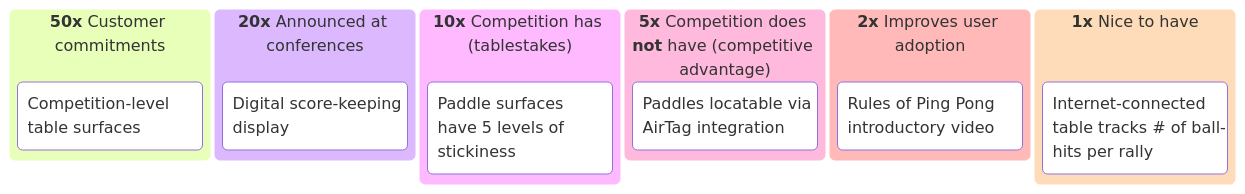
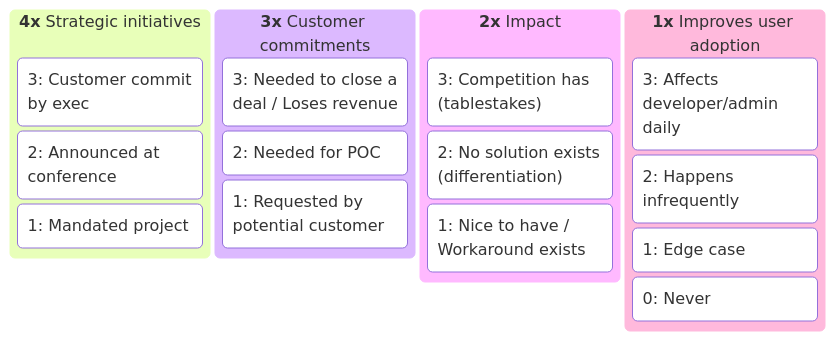
The first of 2 diagrams in drafts/Roadmaps-roadmaps-roadmaps.md (pm-essentials/pm-blog), drawn with Mermaid before and after one commit. The commit also changed other lines of this file, not shown here.

Commit message:
Quantitative kanban was not right, change to reflect ranks, add example table.

````diff
--- a/drafts/Roadmaps-roadmaps-roadmaps.md
+++ b/drafts/Roadmaps-roadmaps-roadmaps.md
@@ -26,15 +35,20 @@
 ```mermaid
 kanban
-  col0["**50x** Customer commitments"]
-    surface["Competition-level table surfaces"]
-  col1["**20x** Announced at conferences"]
-    display["Digital score-keeping display"]
-  col2["**10x** Competition has (tablestakes)"]
-    paddles["Paddle surfaces have 5 levels of stickiness"]
-  col4["**5x** Competition does **not** have (competitive advantage)"]
-    airtag["Paddles locatable via AirTag integration"]
-  col5["**2x** Improves user adoption"]
-    ftue["Rules of Ping Pong introductory video"]
-  col6["**1x** Nice to have"]
-    inet["Internet-connected table tracks # of ball-hits per rally"]
+  col0["**4x** Strategic initiatives"]
+    commit["3: Customer commit by exec"]
+    conference["2: Announced at conference"]
+    caprice["1: Mandated project"]
+  col1["**3x** Customer commitments"]
+    closer["3: Needed to close a deal / Loses revenue"]
+    poc["2: Needed for POC"]
+    req["1: Requested by potential customer"]
+  col2["**2x** Impact"]
+    tablestakes["3: Competition has (tablestakes)"]
+    differentation["2: No solution exists (differentiation)"]
+    nice["1: Nice to have / Workaround exists"]
+  col5["**1x** Improves user adoption"]
+    frequent["3: Affects developer/admin daily"]
+    occasional["2: Happens infrequently"]
+    edgeCase["1: Edge case"]
+    never["0: Never"]
 ```
````
